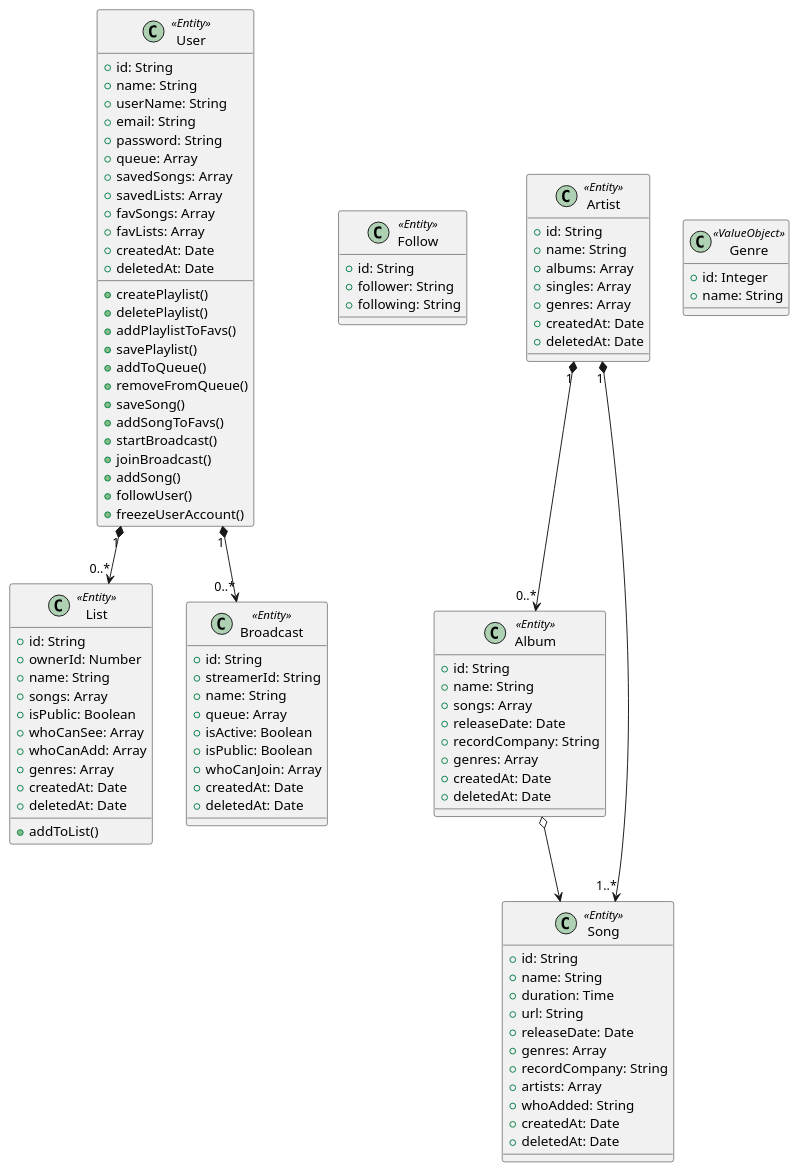
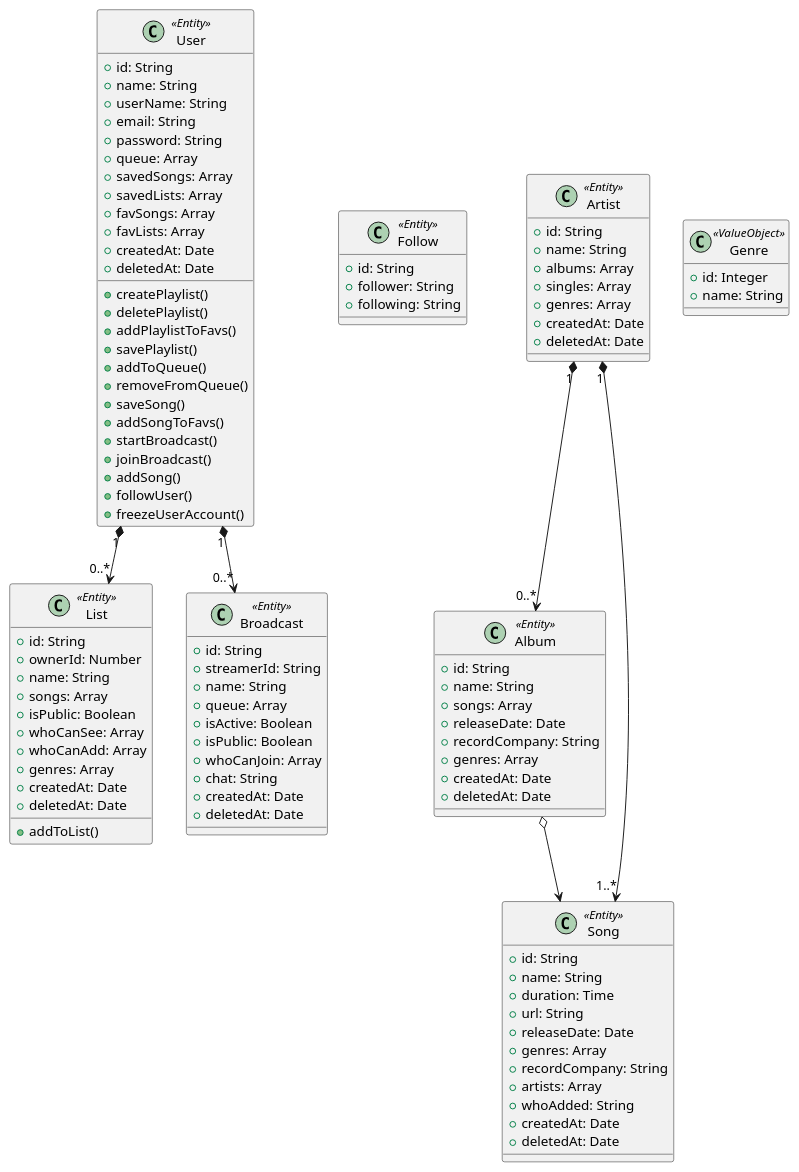
Before and after one commit to krcalcn/recreating-grooveshark: the diagram in grooveshark.puml, drawn with PlantUML. The commit also changed 24 other files, not shown here.

```diff
--- a/grooveshark.puml
+++ b/grooveshark.puml
@@ -1,113 +1,116 @@
 @startuml grooveshark
 
 
-class User <<Entity>>{
+class User <<Entity>> {
   + id: String
   + name: String
   + userName: String
   + email: String
   + password: String
   + queue: Array
   + savedSongs: Array
   + savedLists: Array
   + favSongs: Array
   + favLists: Array
   + createdAt: Date
   + deletedAt: Date
 
   + createPlaylist()
   + deletePlaylist()
   + addPlaylistToFavs()
   + savePlaylist()
   + addToQueue()
   + removeFromQueue()
   + saveSong()
   + addSongToFavs()
   + startBroadcast()
   + joinBroadcast()
   + addSong()
   + followUser()
   + freezeUserAccount()
 }
 
 class Follow <<Entity>> {
   + id: String
   + follower: String
   + following: String
 }
 
-class List <<Entity>>{
+class List <<Entity>> {
   + id: String
   + ownerId: Number
   + name: String
   + songs: Array
   + isPublic: Boolean
   + whoCanSee: Array
   + whoCanAdd: Array
   + genres: Array
   + createdAt: Date
   + deletedAt: Date
   + addToList()
 }
 
-class Artist <<Entity>>{
+class Artist <<Entity>> {
   + id: String
   + name: String
   + albums: Array
   + singles: Array
   + genres: Array
   + createdAt: Date
   + deletedAt: Date
 }
 
-class Album <<Entity>>{
+class Album <<Entity>> {
   + id: String
   + name: String
   + songs: Array
   + releaseDate: Date
   + recordCompany: String
   + genres: Array
   + createdAt: Date
   + deletedAt: Date
 }
 
-class Song <<Entity>>{
+class Song <<Entity>> {
   + id: String
   + name: String
   + duration: Time
   + url: String
   + releaseDate: Date
   + genres: Array
   + recordCompany: String
   + artists: Array
   + whoAdded: String
   + createdAt: Date
   + deletedAt: Date
 }
 
-class Broadcast <<Entity>>{
+class Broadcast <<Entity>> {
   + id: String
   + streamerId: String
   + name: String
   + queue: Array
   + isActive: Boolean
   + isPublic: Boolean
   + whoCanJoin: Array
+  + chat: String
   + createdAt: Date
   + deletedAt: Date
 }
 
-class Genre <<ValueObject>>{
+
+
+class Genre <<ValueObject>> {
   + id: Integer
   + name: String
 }
 
 
 Artist "1" *--> "0..*" Album
 Artist "1" *--> "1..*" Song
 User "1" *--> "0..*" List
 User "1" *--> "0..*" Broadcast
 
 Album o--> Song
 
 @enduml
```
